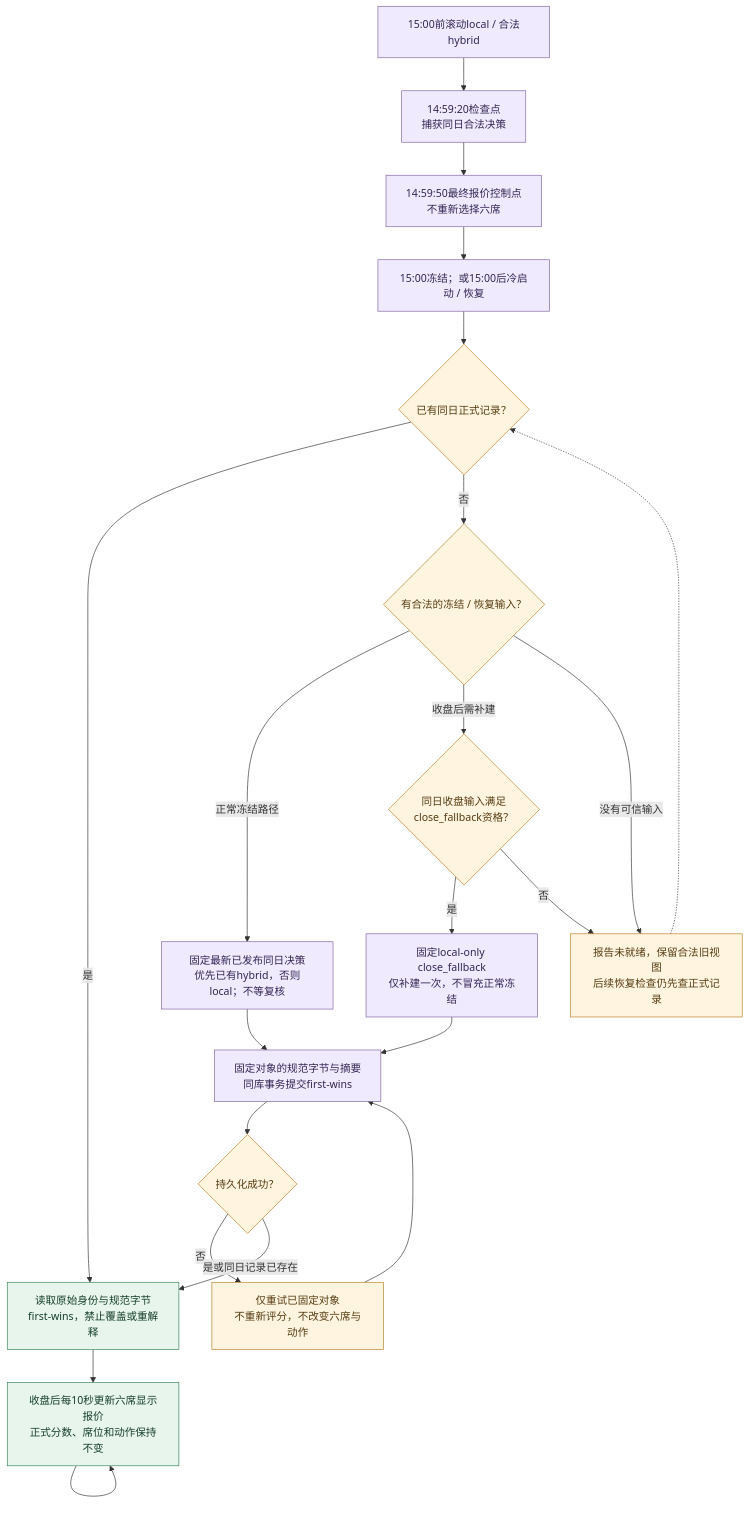
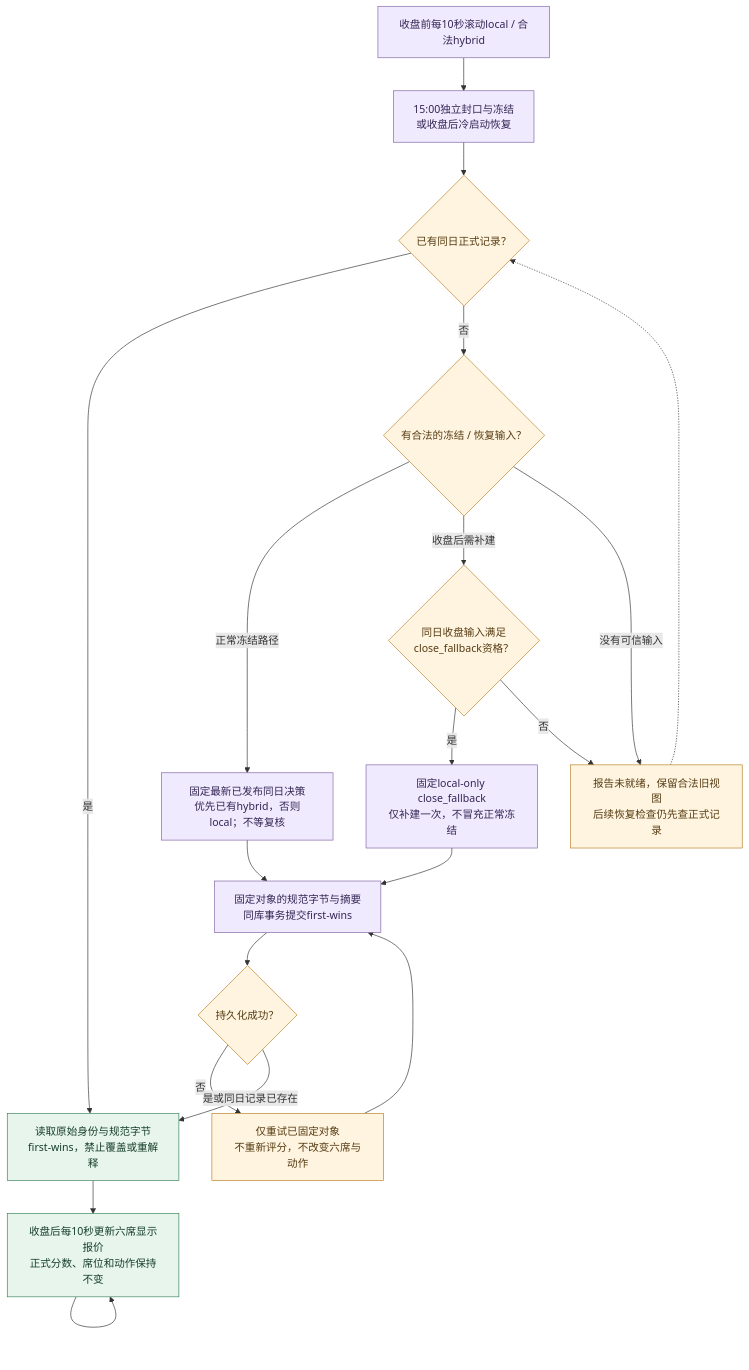
Before and after one commit to 373699756/trader: the fifth of 6 diagrams in docs/2_工程设计.md, drawn with Mermaid. The commit also changed other lines of this file and 38 other files, not shown here.

````diff
--- a/docs/2_工程设计.md
+++ b/docs/2_工程设计.md
@@ -434,29 +428,27 @@
 ```mermaid
 flowchart TD
-    Live["15:00前滚动local / 合法hybrid"] --> Checkpoint["14:59:20检查点<br/>捕获同日合法决策"]
-    Checkpoint --> Quote["14:59:50最终报价控制点<br/>不重新选择六席"]
-    Quote --> Close["15:00冻结；或15:00后冷启动 / 恢复"]
+    Live["收盘前每10秒滚动local / 合法hybrid"] --> Close["15:00独立封口与冻结<br/>或收盘后冷启动恢复"]
     Close --> Exists{"已有同日正式记录？"}
     Exists -->|是| Read["读取原始身份与规范字节<br/>first-wins，禁止覆盖或重解释"]
     Exists -->|否| Latest{"有合法的冻结 / 恢复输入？"}
     Latest -->|正常冻结路径| Normal["固定最新已发布同日决策<br/>优先已有hybrid，否则local；不等复核"]
     Latest -->|收盘后需补建| Legal{"同日收盘输入满足<br/>close_fallback资格？"}
     Legal -->|是| Fallback["固定local-only close_fallback<br/>仅补建一次，不冒充正常冻结"]
     Legal -->|否| Pending
     Latest -->|没有可信输入| Pending["报告未就绪，保留合法旧视图<br/>后续恢复检查仍先查正式记录"]
     Pending -.-> Exists
     Normal --> Commit["固定对象的规范字节与摘要<br/>同库事务提交first-wins"]
     Fallback --> Commit
     Commit --> Success{"持久化成功？"}
     Success -->|否| Retry["仅重试已固定对象<br/>不重新评分，不改变六席与动作"]
     Retry --> Commit
     Success -->|是或同日记录已存在| Read
     Read --> Overlay["收盘后每10秒更新六席显示报价<br/>正式分数、席位和动作保持不变"]
     Overlay --> Overlay
     classDef work fill:#f0eaff,stroke:#8064a2,color:#342653;
     classDef result fill:#e7f5ec,stroke:#39845a,color:#173f2a;
     classDef gate fill:#fff4df,stroke:#b78126,color:#563c13;
-    class Live,Checkpoint,Quote,Close,Normal,Fallback,Commit work;
+    class Live,Close,Normal,Fallback,Commit work;
     class Read,Overlay result;
     class Exists,Latest,Legal,Pending,Success,Retry gate;
 ```
````
